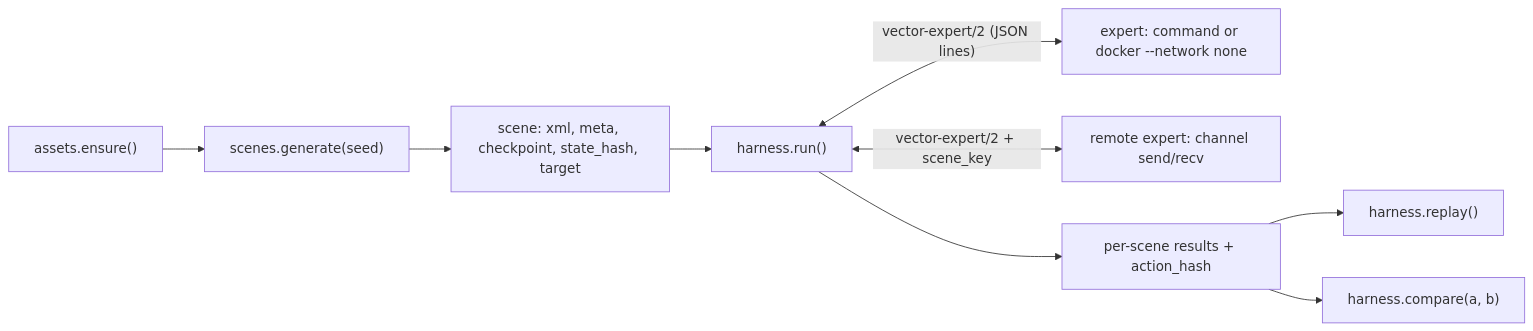
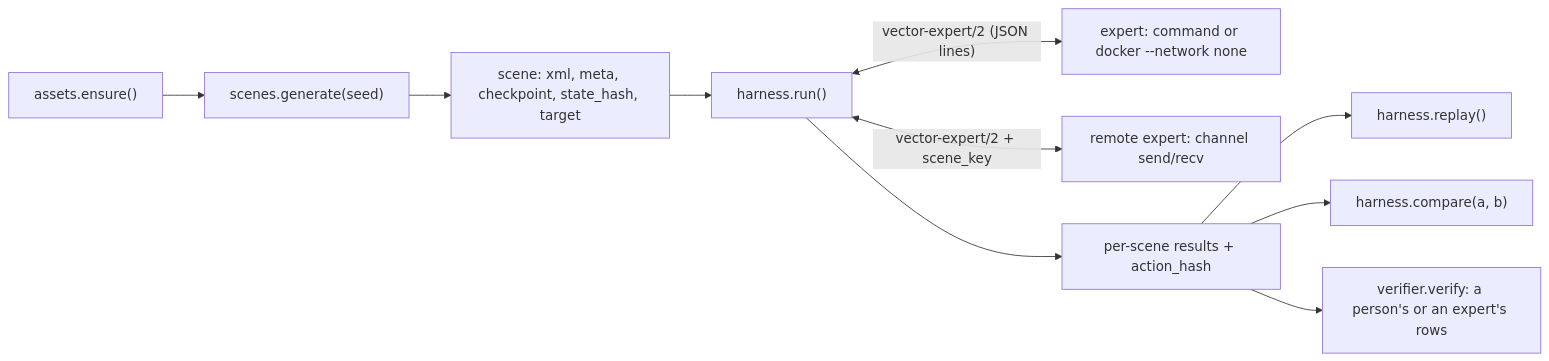
The first of 5 diagrams in README.md (robotensor/vector-env), drawn with Mermaid before and after one commit. The commit also changed other lines of this file, not shown here.

Commit message:
README: verifier and act checks

````diff
--- a/README.md
+++ b/README.md
@@ -8,11 +8,12 @@
 ```mermaid
 flowchart LR
   G["scenes.generate(seed)"] --> S["scene: xml, meta, checkpoint, state_hash, target"]
   A["assets.ensure()"] --> G
   S --> H["harness.run()"]
   H <-->|"vector-expert/2 (JSON lines)"| X["expert: command or docker --network none"]
   H <-->|"vector-expert/2 + scene_key"| C["remote expert: channel send/recv"]
   H --> R["per-scene results + action_hash"]
   R --> P["harness.replay()"]
   R --> K["harness.compare(a, b)"]
+  R --> VF["verifier.verify: a person's or an expert's rows"]
 ```
````
